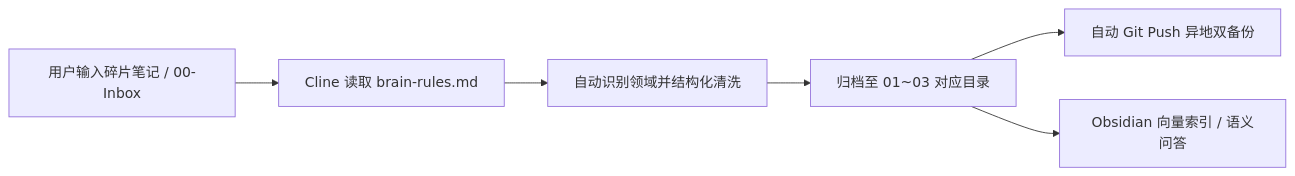
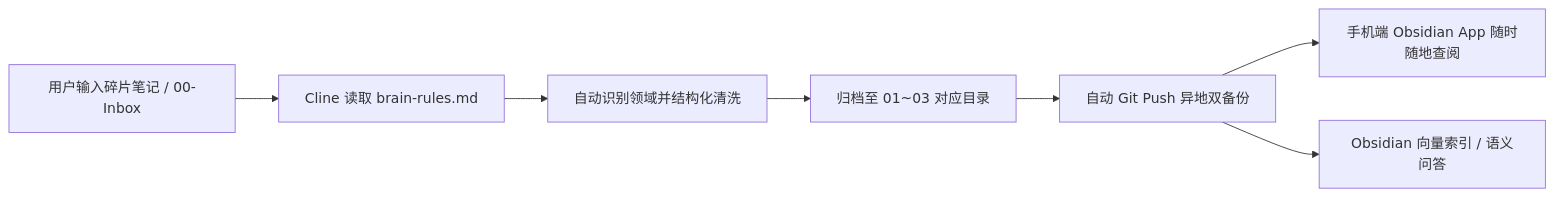
Before and after one commit to Echo-Henry/AI_second_Brain_Template: the diagram in README.md, drawn with Mermaid. The commit also changed other lines of this file, not shown here.

Commit message:
docs: 补充 Obsidian PC+手机+GitHub 三端同步方案

````diff
--- a/README.md
+++ b/README.md
@@ -18,8 +18,9 @@
 ```mermaid
 graph LR
     User["用户输入碎片笔记 / 00-Inbox"] --> Cline["Cline 读取 brain-rules.md"]
     Cline --> Auto["自动识别领域并结构化清洗"]
     Auto --> Archive["归档至 01~03 对应目录"]
     Archive --> Push["自动 Git Push 异地双备份"]
-    Archive --> Index["Obsidian 向量索引 / 语义问答"]
+    Push --> Mobile["手机端 Obsidian App 随时随地查阅"]
+    Push --> Index["Obsidian 向量索引 / 语义问答"]
 ```
````
